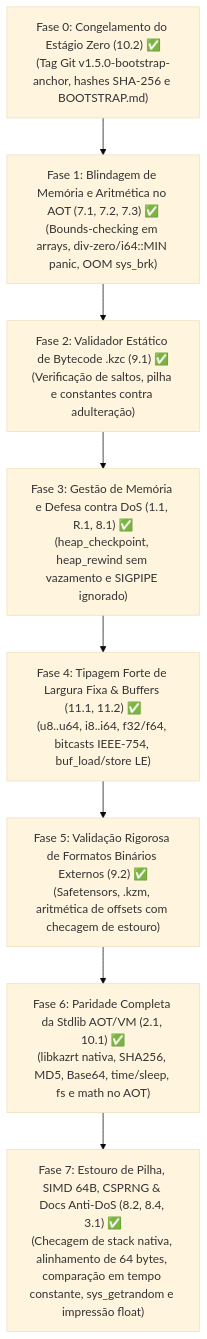
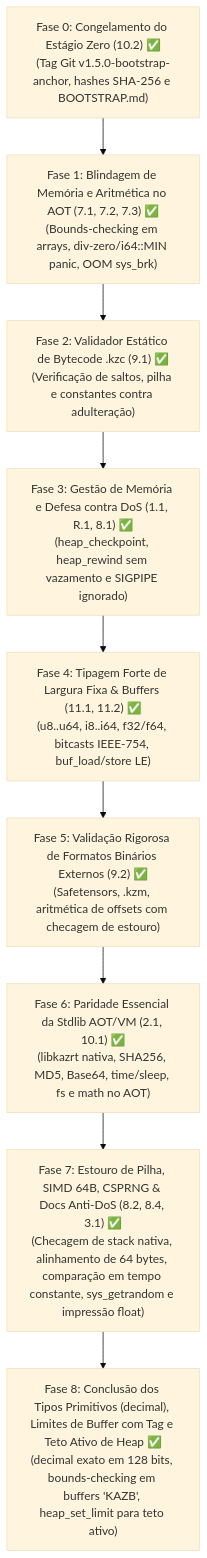
The diagram in docs/SECURITY_MASTER_PLAN.pt-BR.md (kazlang/kaz), drawn with Mermaid (base theme) before and after one commit. The commit also changed other lines of this file and 10 other files, not shown here.

Commit message:
docs & dist: update docs with decimal type, tagged buffer bounds and active heap ceiling; update linux release binary

````diff
--- a/docs/SECURITY_MASTER_PLAN.pt-BR.md
+++ b/docs/SECURITY_MASTER_PLAN.pt-BR.md
@@ -11,10 +11,11 @@
 ```mermaid
 flowchart TD
     F0["Fase 0: Congelamento do Estágio Zero (10.2) ✅<br/>(Tag Git v1.5.0-bootstrap-anchor, hashes SHA-256 e BOOTSTRAP.md)"] --> F1["Fase 1: Blindagem de Memória e Aritmética no AOT (7.1, 7.2, 7.3) ✅<br/>(Bounds-checking em arrays, div-zero/i64::MIN panic, OOM sys_brk)"]
     F1 --> F2["Fase 2: Validador Estático de Bytecode .kzc (9.1) ✅<br/>(Verificação de saltos, pilha e constantes contra adulteração)"]
     F2 --> F3["Fase 3: Gestão de Memória e Defesa contra DoS (1.1, R.1, 8.1) ✅<br/>(heap_checkpoint, heap_rewind sem vazamento e SIGPIPE ignorado)"]
     F3 --> F4["Fase 4: Tipagem Forte de Largura Fixa & Buffers (11.1, 11.2) ✅<br/>(u8..u64, i8..i64, f32/f64, bitcasts IEEE-754, buf_load/store LE)"]
     F4 --> F5["Fase 5: Validação Rigorosa de Formatos Binários Externos (9.2) ✅<br/>(Safetensors, .kzm, aritmética de offsets com checagem de estouro)"]
-    F5 --> F6["Fase 6: Paridade Completa da Stdlib AOT/VM (2.1, 10.1) ✅<br/>(libkazrt nativa, SHA256, MD5, Base64, time/sleep, fs e math no AOT)"]
+    F5 --> F6["Fase 6: Paridade Essencial da Stdlib AOT/VM (2.1, 10.1) ✅<br/>(libkazrt nativa, SHA256, MD5, Base64, time/sleep, fs e math no AOT)"]
     F6 --> F7["Fase 7: Estouro de Pilha, SIMD 64B, CSPRNG & Docs Anti-DoS (8.2, 8.4, 3.1) ✅<br/>(Checagem de stack nativa, alinhamento de 64 bytes, comparação em tempo constante, sys_getrandom e impressão float)"]
+    F7 --> F8["Fase 8: Conclusão dos Tipos Primitivos (decimal), Limites de Buffer com Tag e Teto Ativo de Heap ✅<br/>(decimal exato em 128 bits, bounds-checking em buffers 'KAZB', heap_set_limit para teto ativo)"]
 ```
````
